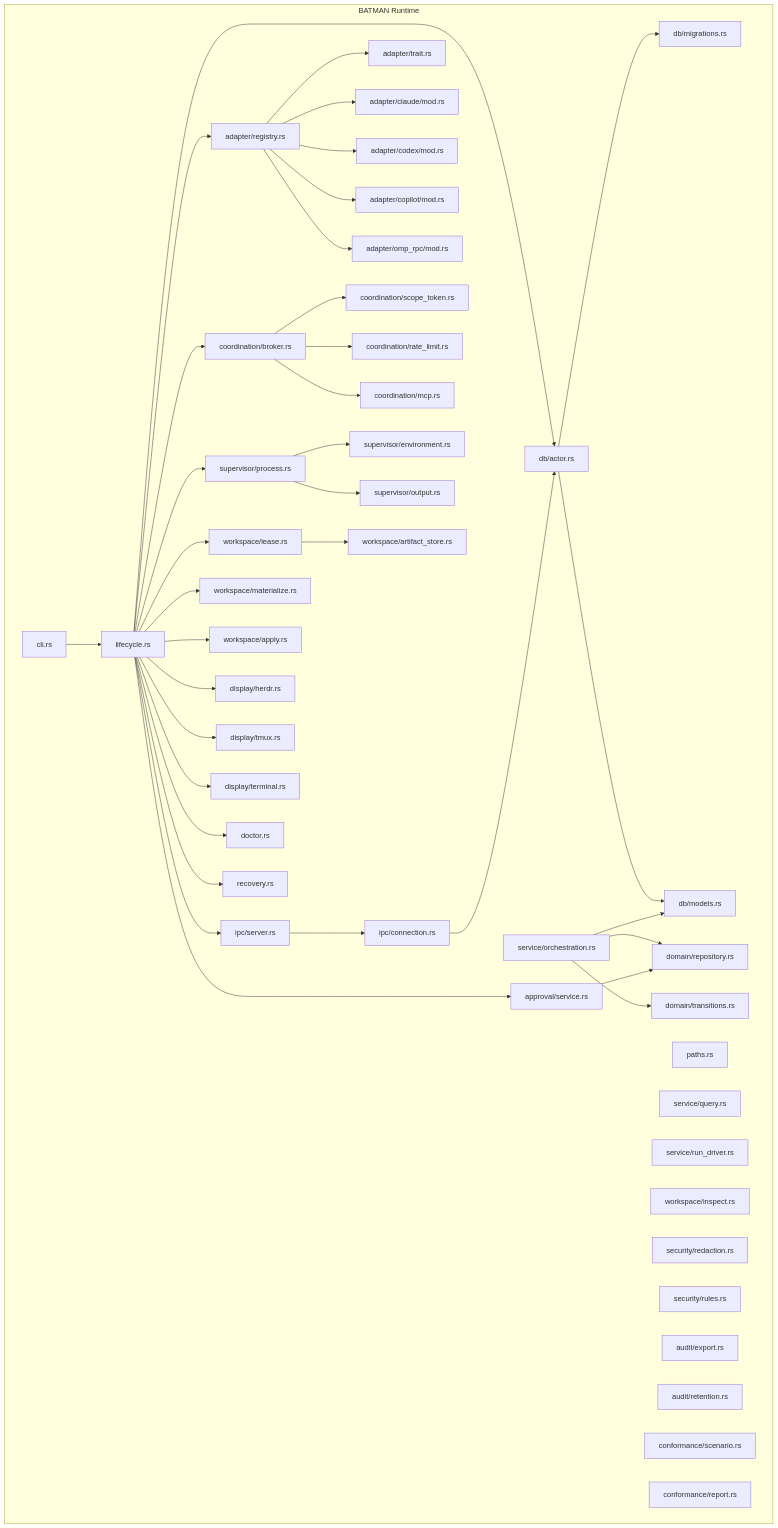
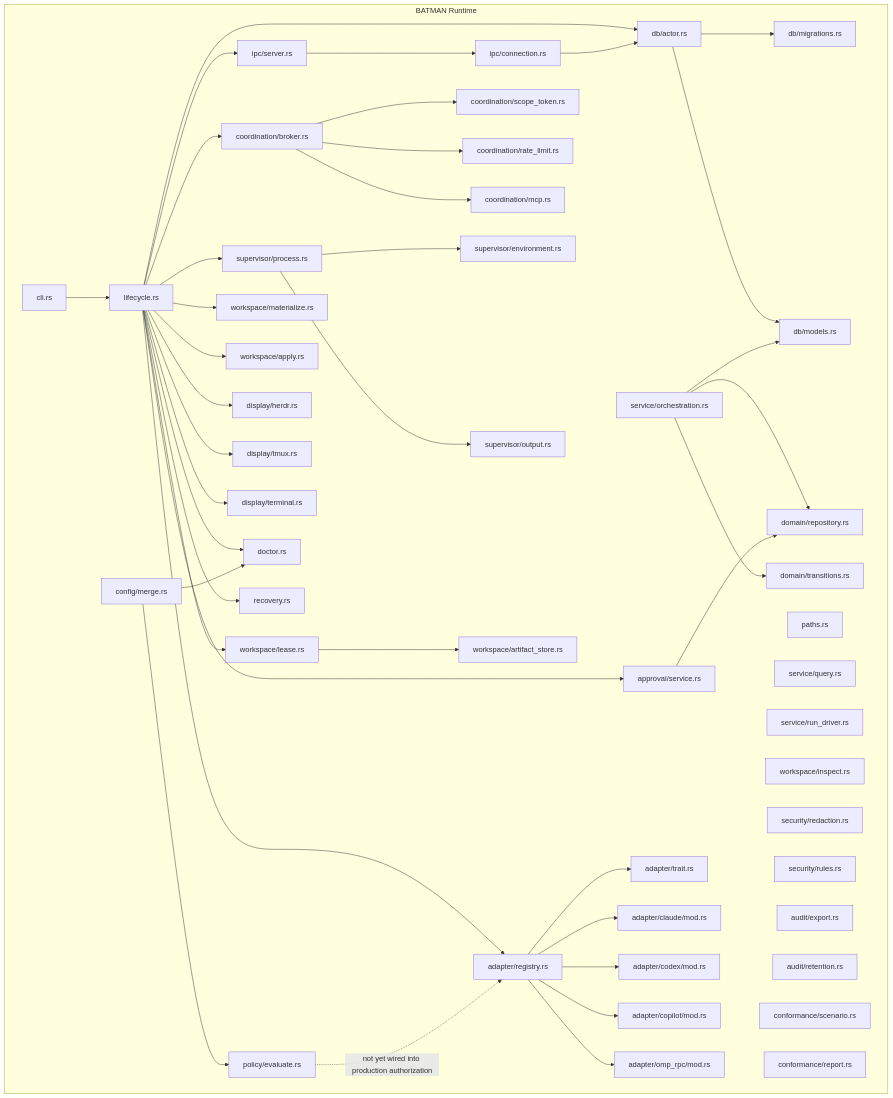
Before and after one commit to nikolasd/batman: the fourth of 5 diagrams in docs/architecture.md, drawn with Mermaid. The commit also changed other lines of this file, not shown here.

Commit message:
docs: add missing config/ and policy/ modules to architecture diagram
- Level 3 component diagram omitted crates/runtime/src/config/ and policy/ entirely
- Added CFG and PE nodes with accurate wiring: PolicyEvaluator implements
  AdapterAuthorization but is not yet wired into production (only DenyByDefaultAuthorization
  is used in ServerConfig::default()), matching known-limitations.md
- Added 'Configuration and Policy' key-components section

````diff
--- a/docs/architecture.md
+++ b/docs/architecture.md
@@ -242,6 +242,8 @@
         AR2[audit/retention.rs]
         CF[conformance/scenario.rs]
         CR[conformance/report.rs]
+        CFG[config/merge.rs]
+        PE[policy/evaluate.rs]
     end
 
     CLI --> LC
@@ -278,4 +280,7 @@
     SV --> SO
     WO --> WS
     AS --> DR2
+    CFG --> PE
+    CFG --> DO
+    PE -.->|not yet wired into production authorization| AR
 ```
````
